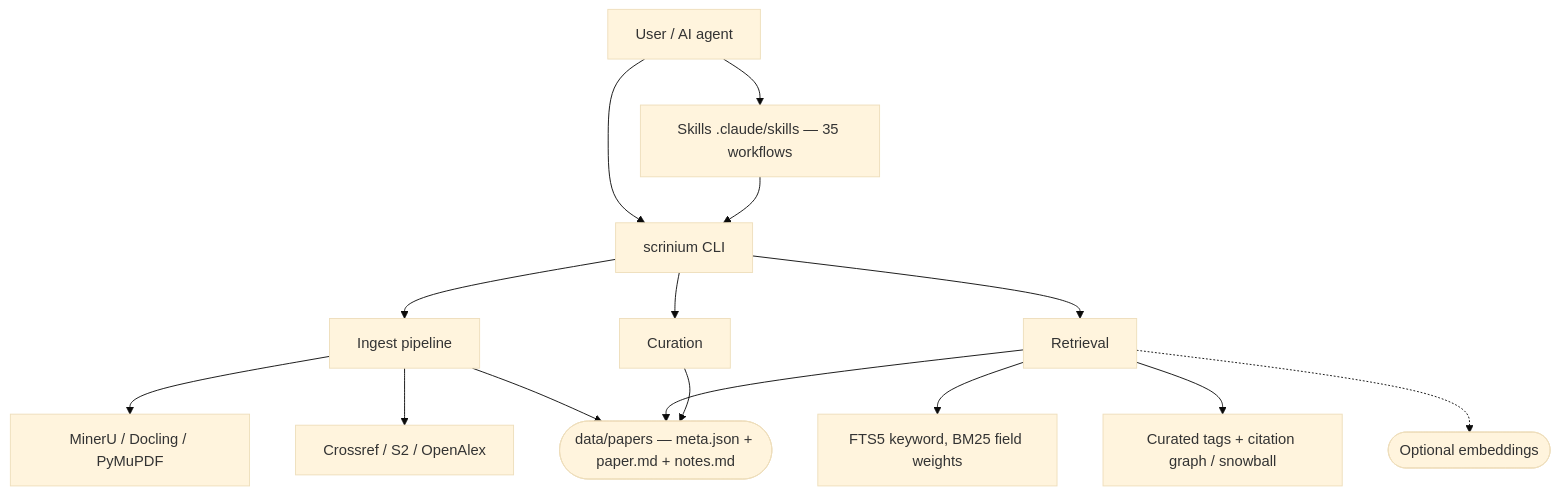
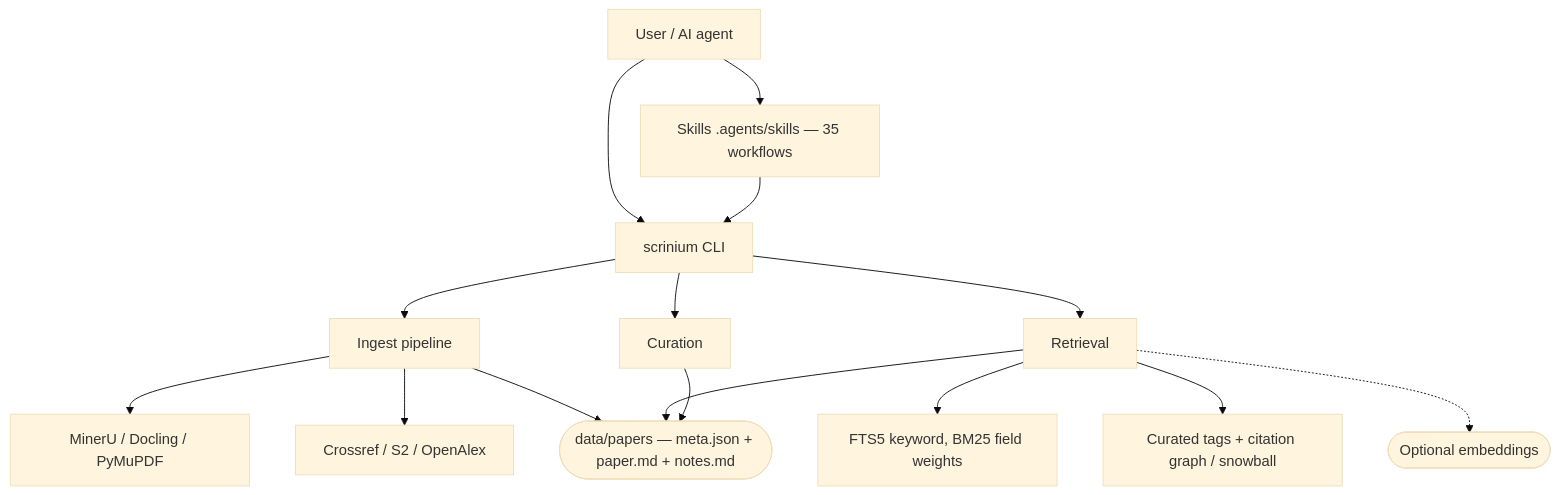
One commit to wszqkzqk/scrinium changed the diagram in README.md. Above: the diagram before and after it, drawn with Mermaid (base theme). The commit also changed other lines of this file and 43 other files, not shown here.

First line of the commit message:
Make .agents/skills the canonical skills location

````diff
--- a/README.md
+++ b/README.md
@@ -34,18 +34,18 @@
 ```mermaid
 flowchart TB
-    U["User / AI agent"] --> S["Skills .claude/skills — 35 workflows"]
+    U["User / AI agent"] --> S["Skills .agents/skills — 35 workflows"]
     U --> C[scrinium CLI]
     S --> C
     C --> ING[Ingest pipeline]
     C --> RET[Retrieval]
     C --> CUR[Curation]
     ING --> PARSERS["MinerU / Docling / PyMuPDF"]
     ING --> APIS["Crossref / S2 / OpenAlex"]
     RET --> FTS[FTS5 keyword, BM25 field weights]
     RET --> TAGS["Curated tags + citation graph / snowball"]
     RET -.-> VEC(["Optional embeddings"])
     DB(["data/papers — meta.json + paper.md + notes.md"])
     ING --> DB
     RET --> DB
     CUR --> DB
 ```
````
